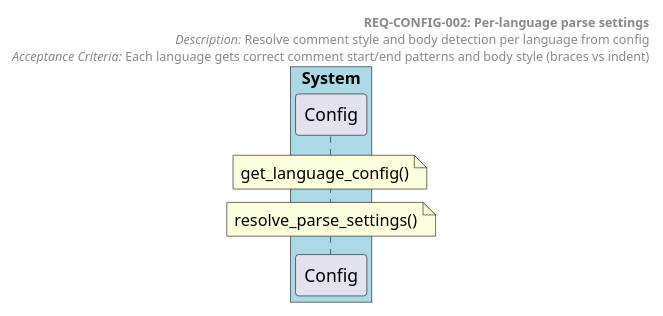
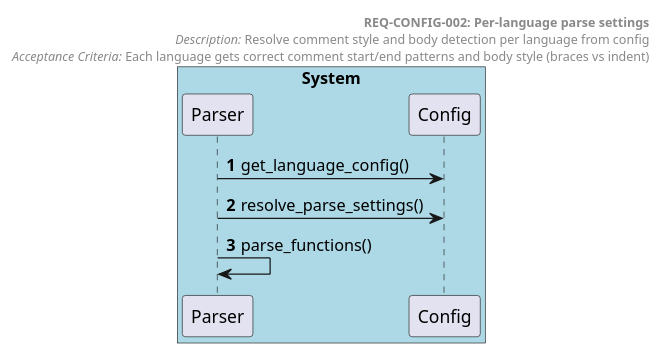
The diagram in docs/generated/sequences/REQ-CONFIG-002.puml (tvanfossen/doxygen-guard), drawn with PlantUML before and after one commit. The commit also changed 21 other files, not shown here.

First line of the commit message:
Resolve adversarial findings: security, observability, diagram quality, README

```diff
--- a/docs/generated/sequences/REQ-CONFIG-002.puml
+++ b/docs/generated/sequences/REQ-CONFIG-002.puml
@@ -1,17 +1,20 @@
 @startuml REQ-CONFIG-002 Per-language parse settings
 autonumber
 
 box "System" #LightBlue
+  participant "Parser" as Parser
   participant "Config" as Config
 end box
 
 header
   **REQ-CONFIG-002: Per-language parse settings**
   //Description:// Resolve comment style and body detection per language from config
   //Acceptance Criteria:// Each language gets correct comment start/end patterns and body style (braces vs indent)
 end header
 
-note over Config: get_language_config()
-note over Config: resolve_parse_settings()
+
+Parser -> Config: get_language_config()
+Parser -> Config: resolve_parse_settings()
+Parser -> Parser: parse_functions()
 
 @enduml
```
